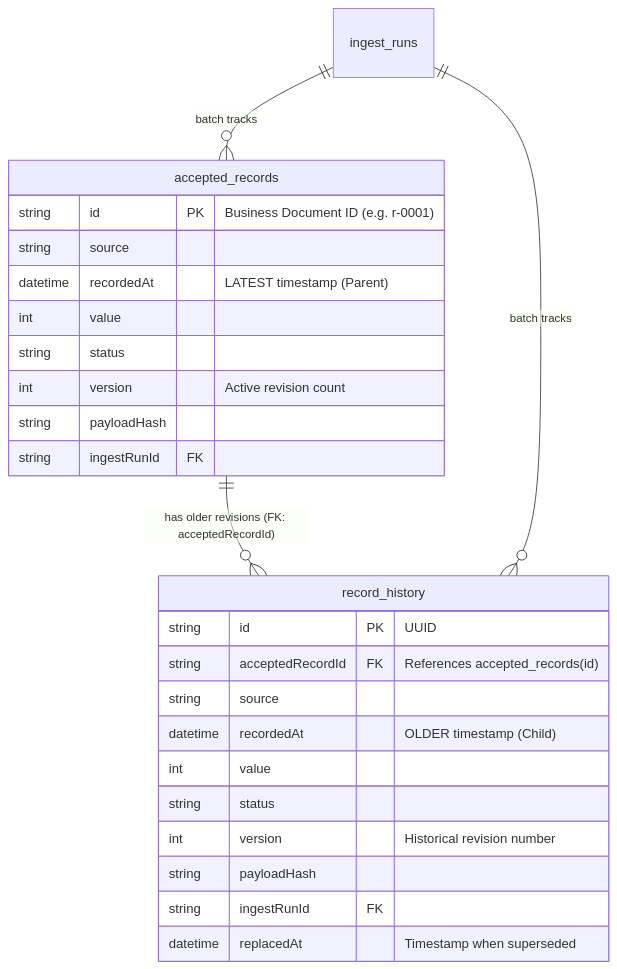
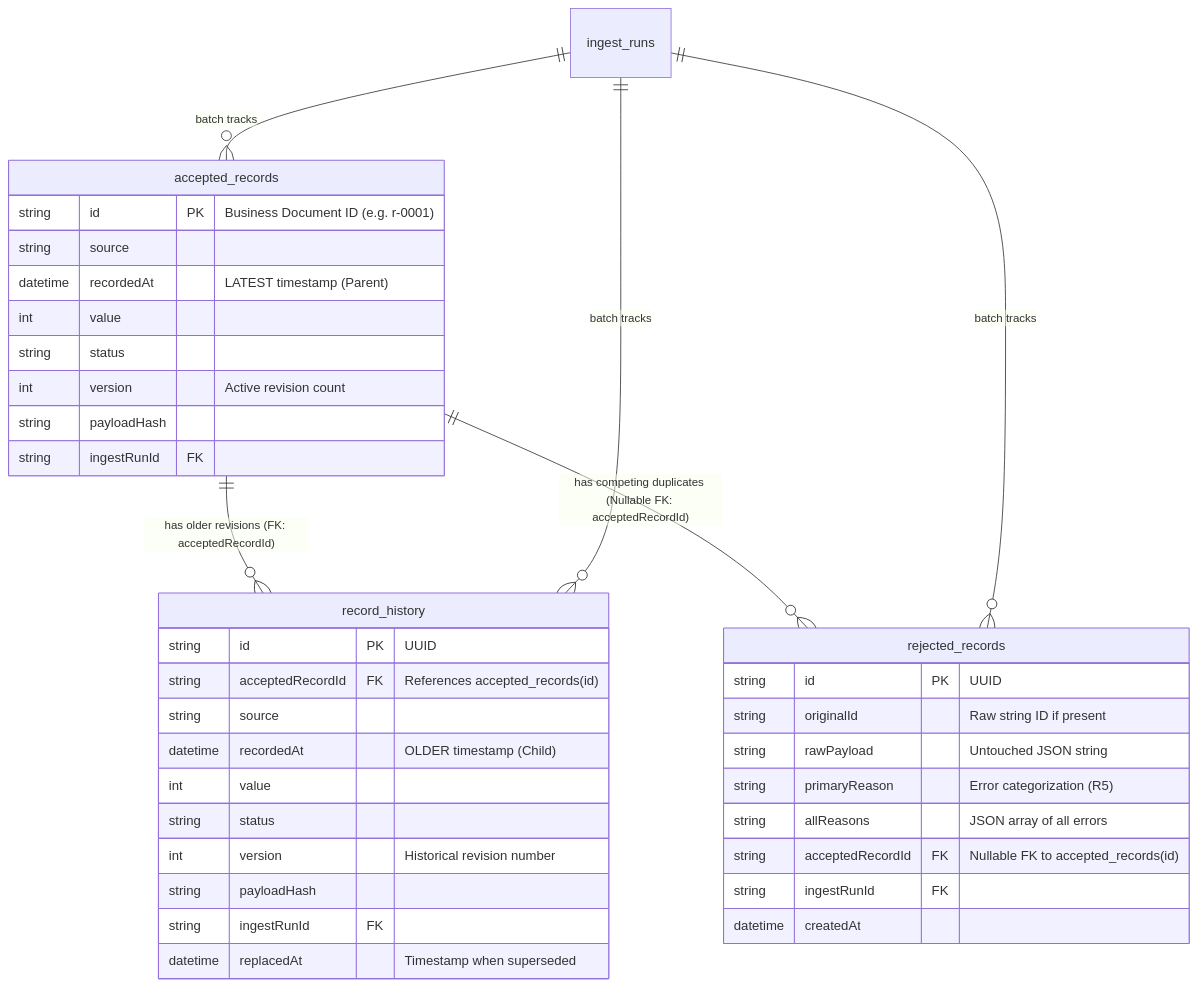
Before and after one commit to Grigarin-baby/Assessment: the third of 3 diagrams in doc/RULE_ENGINE_AND_RECORD_HISTORY_PLAN.md, drawn with Mermaid. The commit also changed other lines of this file and 27 other files, not shown here.

````diff
--- a/doc/RULE_ENGINE_AND_RECORD_HISTORY_PLAN.md
+++ b/doc/RULE_ENGINE_AND_RECORD_HISTORY_PLAN.md
@@ -125,30 +289,43 @@
 ```mermaid
 erDiagram
     accepted_records ||--o{ record_history : "has older revisions (FK: acceptedRecordId)"
+    accepted_records ||--o{ rejected_records : "has competing duplicates (Nullable FK: acceptedRecordId)"
     ingest_runs ||--o{ accepted_records : "batch tracks"
     ingest_runs ||--o{ record_history : "batch tracks"
+    ingest_runs ||--o{ rejected_records : "batch tracks"
 
     accepted_records {
         string id PK "Business Document ID (e.g. r-0001)"
         string source
         datetime recordedAt "LATEST timestamp (Parent)"
         int value
         string status
         int version "Active revision count"
         string payloadHash
         string ingestRunId FK
     }
 
     record_history {
         string id PK "UUID"
         string acceptedRecordId FK "References accepted_records(id)"
         string source
         datetime recordedAt "OLDER timestamp (Child)"
         int value
         string status
         int version "Historical revision number"
         string payloadHash
         string ingestRunId FK
         datetime replacedAt "Timestamp when superseded"
     }
+
+    rejected_records {
+        string id PK "UUID"
+        string originalId "Raw string ID if present"
+        string rawPayload "Untouched JSON string"
+        string primaryReason "Error categorization (R5)"
+        string allReasons "JSON array of all errors"
+        string acceptedRecordId FK "Nullable FK to accepted_records(id)"
+        string ingestRunId FK
+        datetime createdAt
+    }
 ```
````
